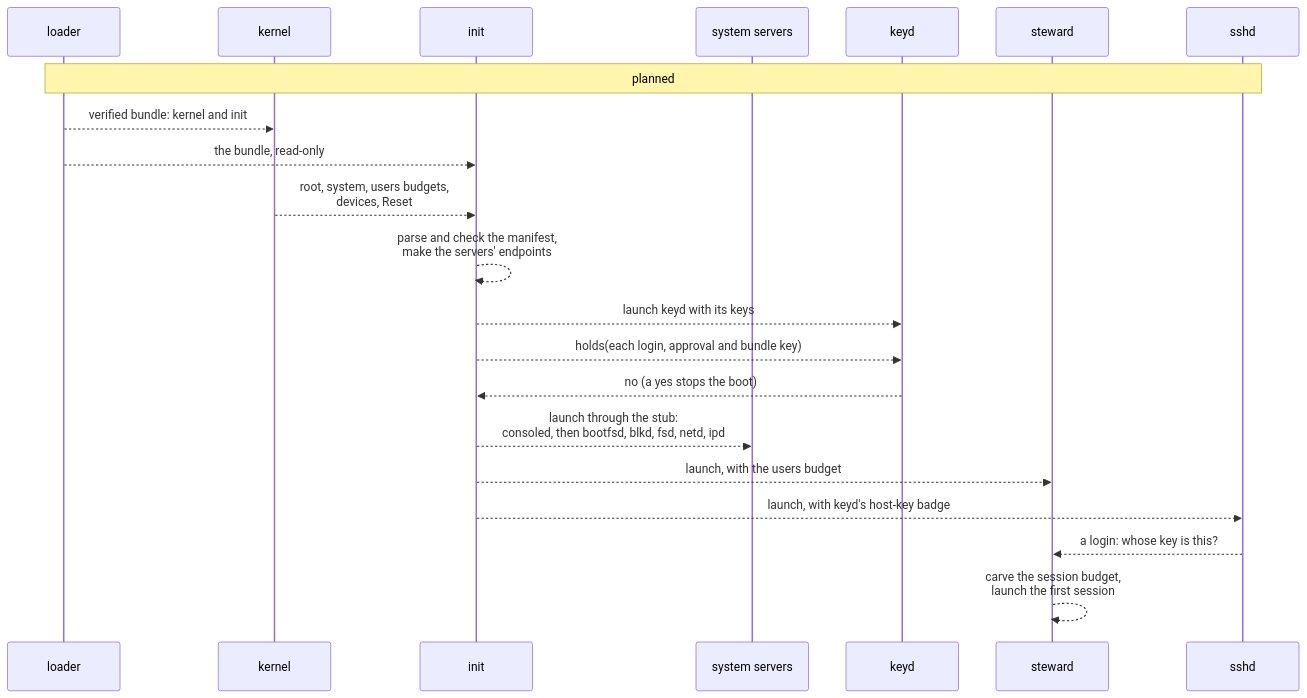
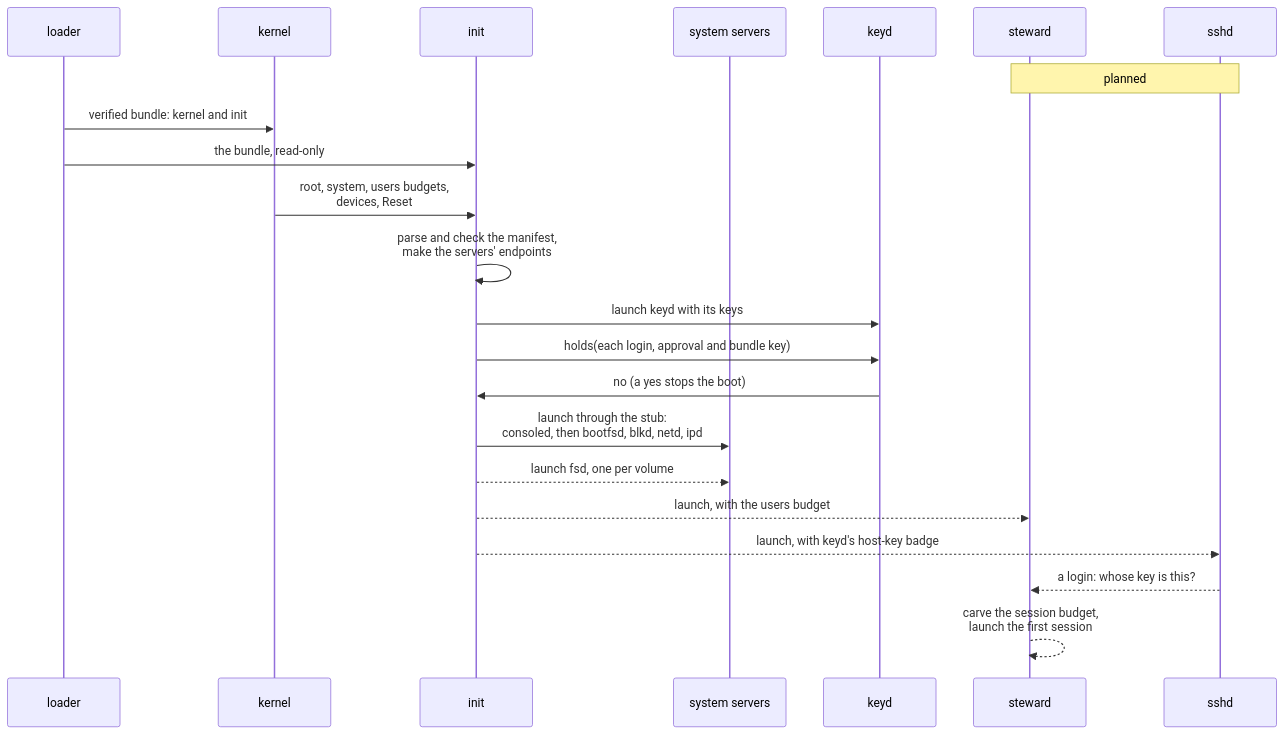
Before and after one commit to sirmick/redoubt: the first of 2 diagrams in docs/servers/init.md, drawn with Mermaid. The commit also changed other lines of this file and 25 other files, not shown here.

````diff
--- a/docs/servers/init.md
+++ b/docs/servers/init.md
@@ -204,23 +239,24 @@
 ```mermaid
 sequenceDiagram
     participant L as loader
     participant K as kernel
     participant I as init
     participant S as system servers
     participant KD as keyd
     participant ST as steward
     participant SH as sshd
-    Note over L,SH: planned
-    L-->>K: verified bundle: kernel and init
-    L-->>I: the bundle, read-only
-    K-->>I: root, system, users budgets,<br/>devices, Reset
-    I-->>I: parse and check the manifest,<br/>make the servers' endpoints
-    I-->>KD: launch keyd with its keys
-    I-->>KD: holds(each login, approval and bundle key)
-    KD-->>I: no (a yes stops the boot)
-    I-->>S: launch through the stub:<br/>consoled, then bootfsd, blkd, fsd, netd, ipd
+    Note over ST,SH: planned
+    L->>K: verified bundle: kernel and init
+    L->>I: the bundle, read-only
+    K->>I: root, system, users budgets,<br/>devices, Reset
+    I->>I: parse and check the manifest,<br/>make the servers' endpoints
+    I->>KD: launch keyd with its keys
+    I->>KD: holds(each login, approval and bundle key)
+    KD->>I: no (a yes stops the boot)
+    I->>S: launch through the stub:<br/>consoled, then bootfsd, blkd, netd, ipd
+    I-->>S: launch fsd, one per volume
     I-->>ST: launch, with the users budget
     I-->>SH: launch, with keyd's host-key badge
     SH-->>ST: a login: whose key is this?
     ST-->>ST: carve the session budget,<br/>launch the first session
 ```
````
